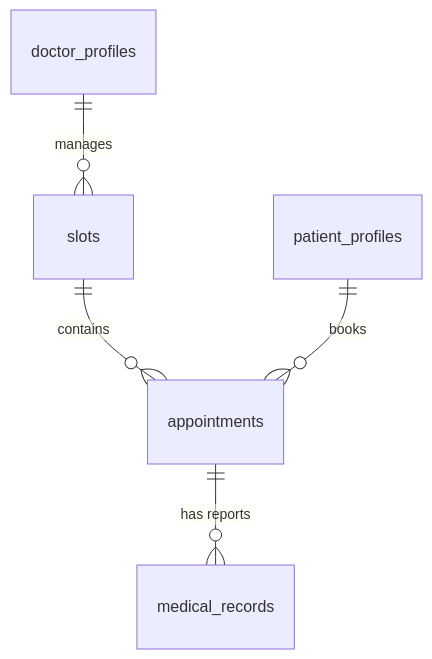
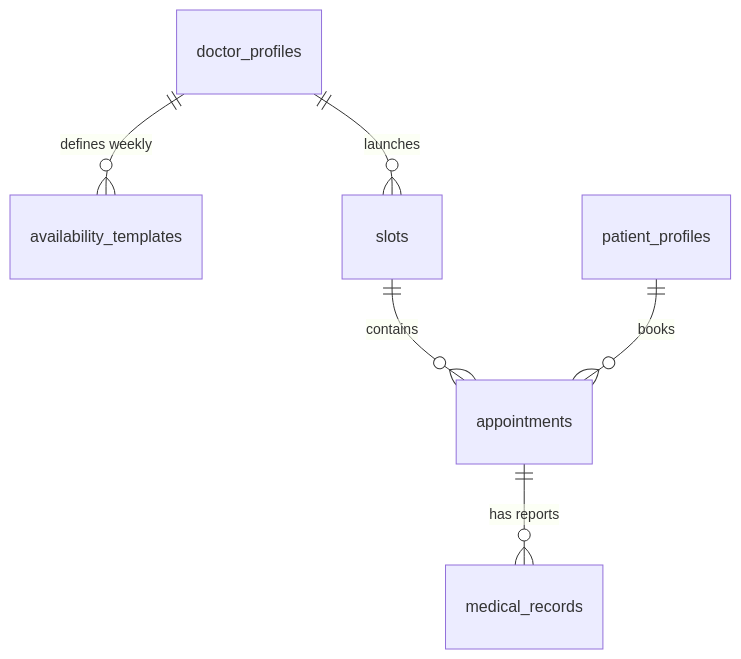
Before and after one commit to abhiyaligar/healthconnect: the diagram in docs/DATABASE_SCHEMA.md, drawn with Mermaid. The commit also changed other lines of this file and 11 other files, not shown here.

````diff
--- a/docs/DATABASE_SCHEMA.md
+++ b/docs/DATABASE_SCHEMA.md
@@ -59,7 +67,8 @@
 ```mermaid
 erDiagram
+    doctor_profiles ||--o{ availability_templates : "defines weekly"
+    doctor_profiles ||--o{ slots : "launches"
     slots ||--o{ appointments : contains
     appointments ||--o{ medical_records : "has reports"
     patient_profiles ||--o{ appointments : books
-    doctor_profiles ||--o{ slots : manages
 ```
````
